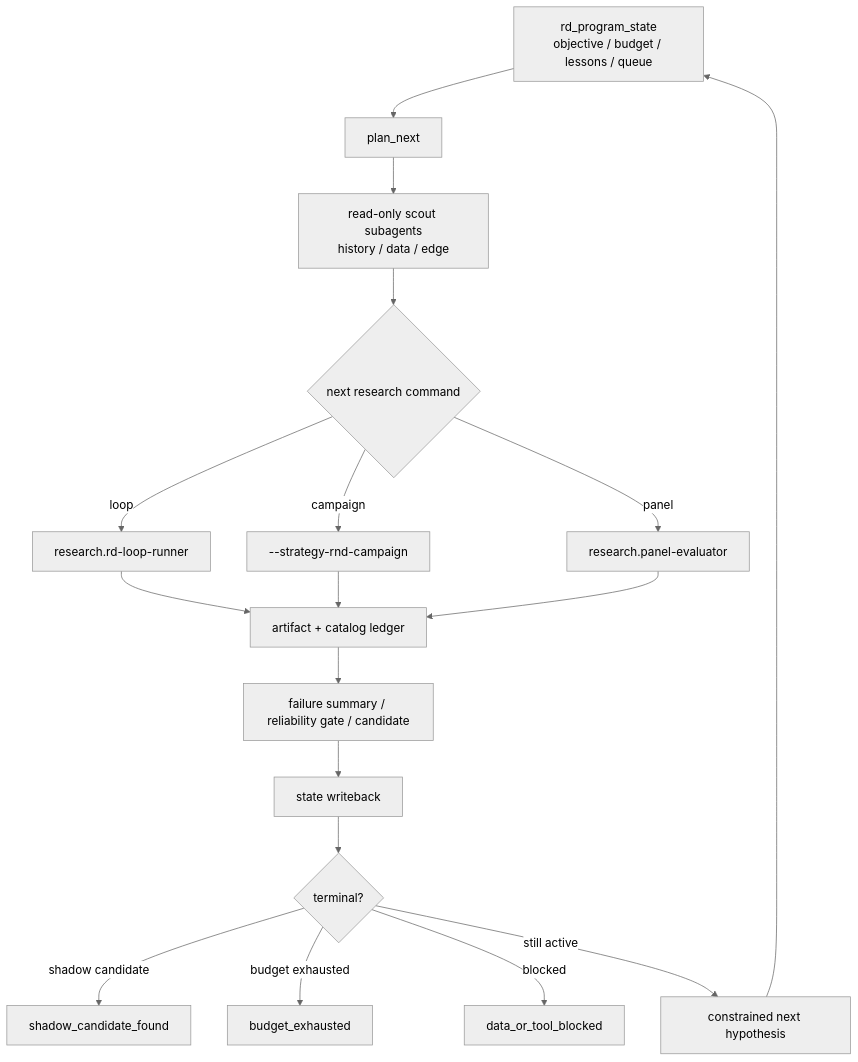
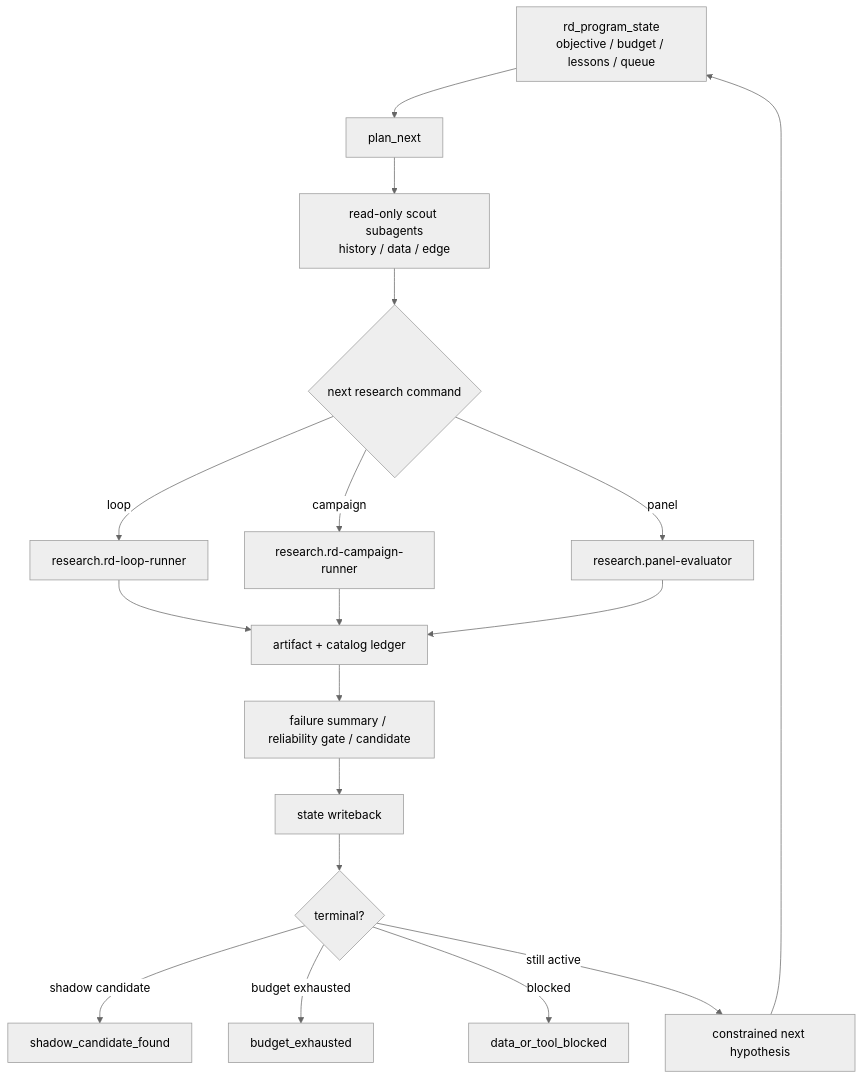
Before and after one commit to qOeOp/trade: the seventh of 9 diagrams in README.md, drawn with Mermaid (neutral theme). The commit also changed other lines of this file and 24 other files, not shown here.

Commit message:
Split RD campaign runner from strategy RD

````diff
--- a/README.md
+++ b/README.md
@@ -266,20 +266,20 @@
 ```mermaid
 flowchart TD
   STATE["rd_program_state<br/>objective / budget / lessons / queue"] --> PLAN["plan_next"]
   PLAN --> SCOUT["read-only scout subagents<br/>history / data / edge"]
   SCOUT --> RUN{"next research command"}
   RUN -->|loop| LOOP["research.rd-loop-runner"]
-  RUN -->|campaign| CAMP["--strategy-rnd-campaign"]
+  RUN -->|campaign| CAMP["research.rd-campaign-runner"]
   RUN -->|panel| PANEL["research.panel-evaluator"]
   LOOP --> ART["artifact + catalog ledger"]
   CAMP --> ART
   PANEL --> ART
   ART --> FB["failure summary / reliability gate / candidate"]
   FB --> UP["state writeback"]
   UP --> DECIDE{"terminal?"}
   DECIDE -->|shadow candidate| DONE["shadow_candidate_found"]
   DECIDE -->|budget exhausted| BUD["budget_exhausted"]
   DECIDE -->|blocked| BLK["data_or_tool_blocked"]
   DECIDE -->|still active| NEXT["constrained next hypothesis"]
   NEXT --> STATE
 ```
````
